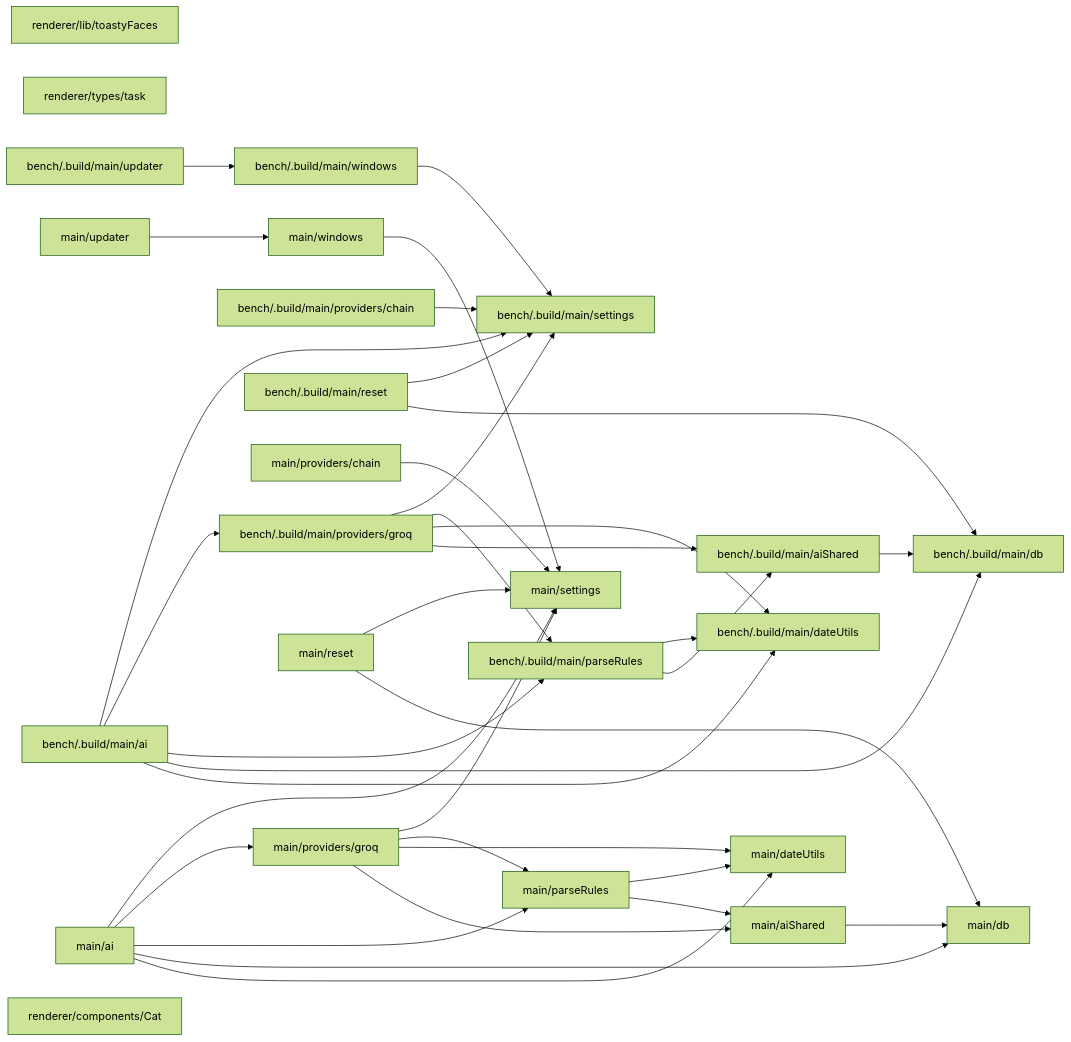
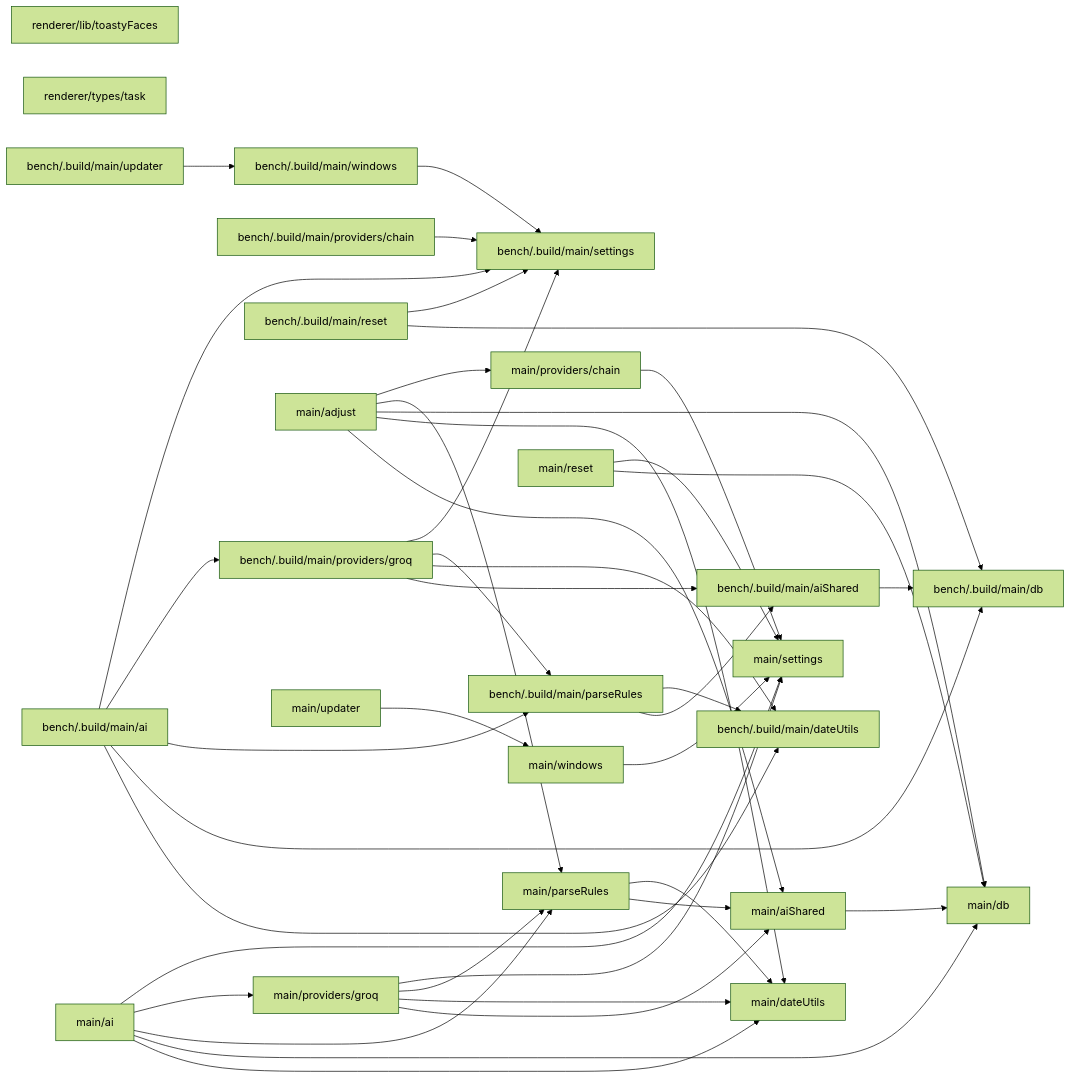
Before and after one commit to newbiemi/toasty: the diagram in docs/map/MAP.md, drawn with Mermaid (forest theme). The commit also changed other lines of this file and 4 other files, not shown here.

````diff
--- a/docs/map/MAP.md
+++ b/docs/map/MAP.md
@@ -16,62 +16,67 @@
 ```mermaid
 graph LR
   n0["bench/.build/main/settings"]
   n1["main/settings"]
   n2["bench/.build/main/db"]
   n3["main/db"]
   n4["bench/.build/main/dateUtils"]
   n5["main/dateUtils"]
   n6["bench/.build/main/aiShared"]
   n7["bench/.build/main/parseRules"]
   n8["main/aiShared"]
   n9["main/parseRules"]
   n10["bench/.build/main/windows"]
   n11["main/windows"]
   n12["renderer/lib/toastyFaces"]
   n13["renderer/types/task"]
   n14["bench/.build/main/ai"]
   n15["bench/.build/main/providers/chain"]
   n16["bench/.build/main/providers/groq"]
   n17["bench/.build/main/reset"]
   n18["bench/.build/main/updater"]
-  n19["main/ai"]
-  n20["main/providers/chain"]
-  n21["main/providers/groq"]
-  n22["main/reset"]
-  n23["main/updater"]
-  n24["renderer/components/Cat"]
+  n19["main/adjust"]
+  n20["main/ai"]
+  n21["main/providers/chain"]
+  n22["main/providers/groq"]
+  n23["main/reset"]
+  n24["main/updater"]
   n14 --> n4
   n14 --> n2
   n14 --> n7
   n14 --> n16
   n14 --> n0
   n6 --> n2
   n7 --> n6
   n7 --> n4
   n15 --> n0
   n16 --> n6
   n16 --> n4
   n16 --> n7
   n16 --> n0
   n17 --> n2
   n17 --> n0
   n18 --> n10
   n10 --> n0
+  n19 --> n8
   n19 --> n5
   n19 --> n3
   n19 --> n9
   n19 --> n21
-  n19 --> n1
+  n20 --> n5
+  n20 --> n3
+  n20 --> n9
+  n20 --> n22
+  n20 --> n1
   n8 --> n3
   n9 --> n8
   n9 --> n5
-  n20 --> n1
-  n21 --> n8
-  n21 --> n5
-  n21 --> n9
   n21 --> n1
-  n22 --> n3
+  n22 --> n8
+  n22 --> n5
+  n22 --> n9
   n22 --> n1
-  n23 --> n11
+  n23 --> n3
+  n23 --> n1
+  n24 --> n11
   n11 --> n1
 ```
````
